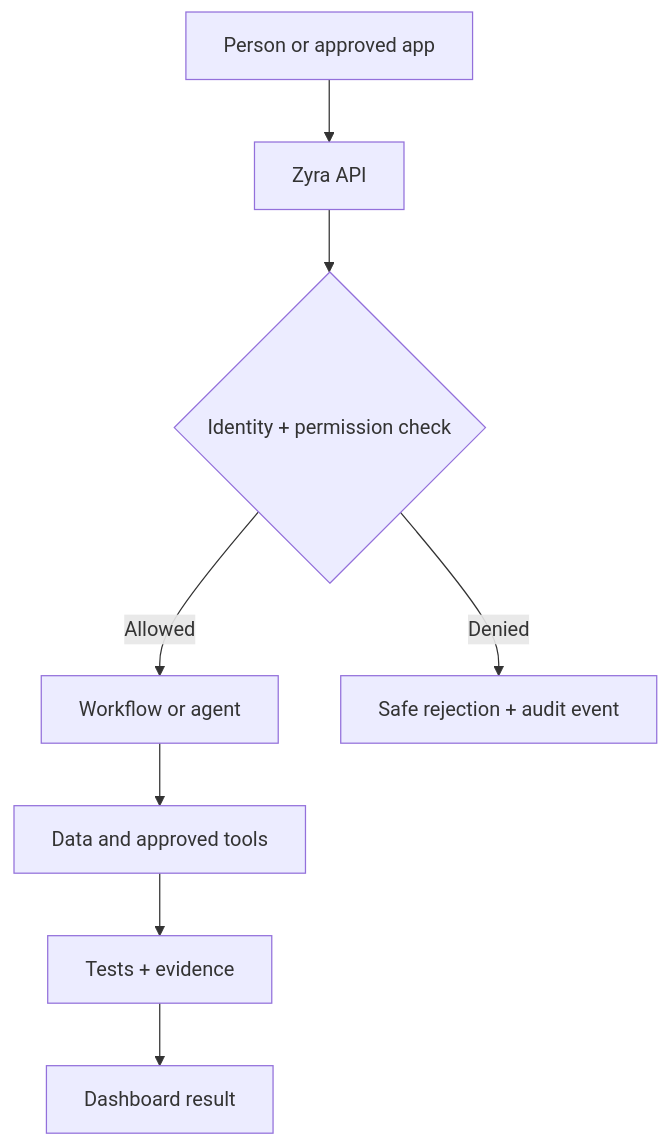
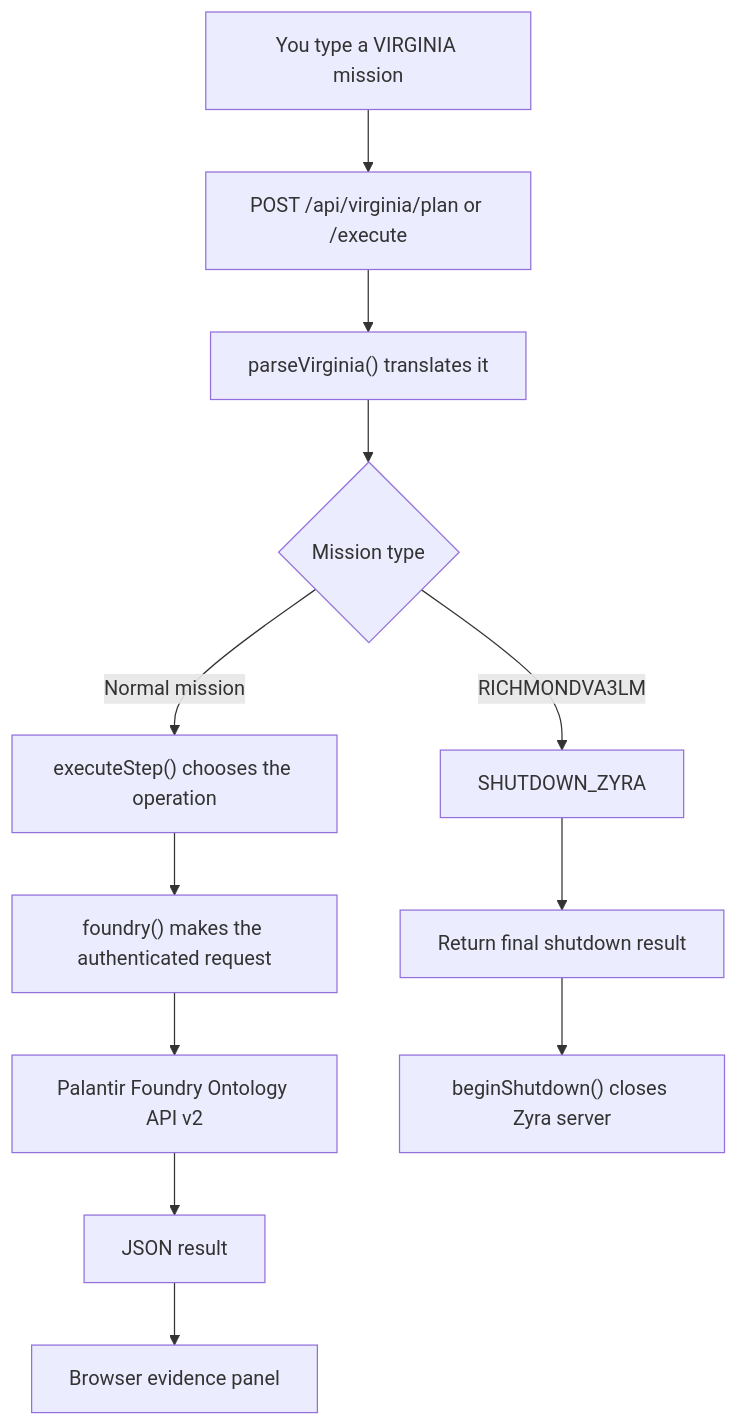
Before and after one commit to sonoxo/zyra: the diagram in README.md, drawn with Mermaid. The commit also changed other lines of this file and 13 other files, not shown here.

First line of the commit message:
feat: hard-code VA3LM GeoVision across Zyra + EYERIS Foundry bridge

````diff
--- a/README.md
+++ b/README.md
@@ -67,10 +231,14 @@
 ```mermaid
 flowchart TD
-    A["Person or approved app"] --> B["Zyra API"]
-    B --> C{"Identity + permission check"}
-    C -->|Allowed| D["Workflow or agent"]
-    C -->|Denied| E["Safe rejection + audit event"]
-    D --> F["Data and approved tools"]
-    F --> G["Tests + evidence"]
-    G --> H["Dashboard result"]
+    A["You type a VIRGINIA mission"] --> B["POST /api/virginia/plan or /execute"]
+    B --> C["parseVirginia() translates it"]
+    C --> D{"Mission type"}
+    D -->|Normal mission| E["executeStep() chooses the operation"]
+    E --> F["foundry() makes the authenticated request"]
+    F --> G["Palantir Foundry Ontology API v2"]
+    G --> H["JSON result"]
+    H --> I["Browser evidence panel"]
+    D -->|RICHMONDVA3LM| J["SHUTDOWN_ZYRA"]
+    J --> K["Return final shutdown result"]
+    K --> L["beginShutdown() closes Zyra server"]
 ```
````
